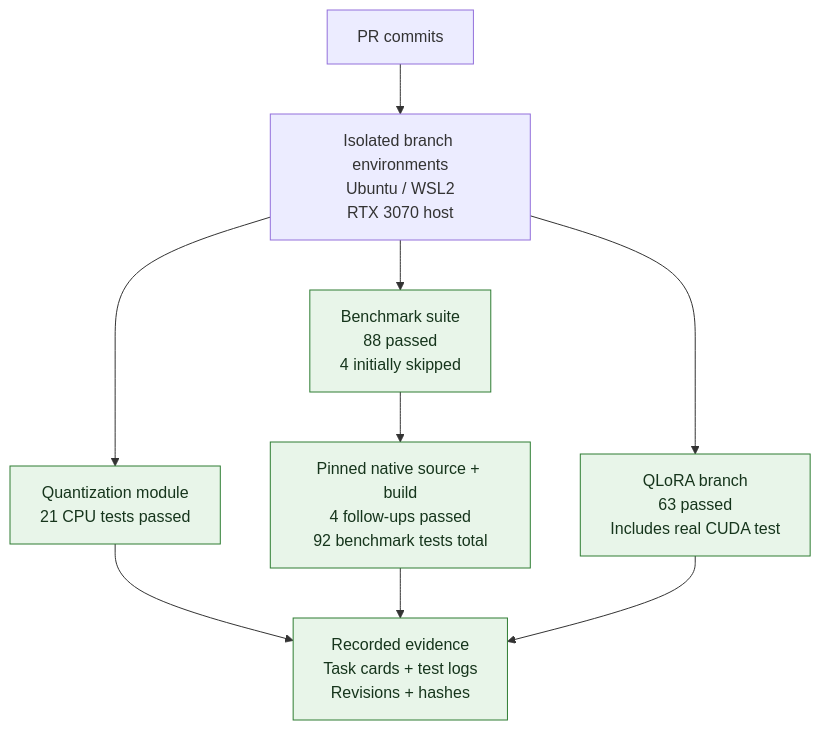
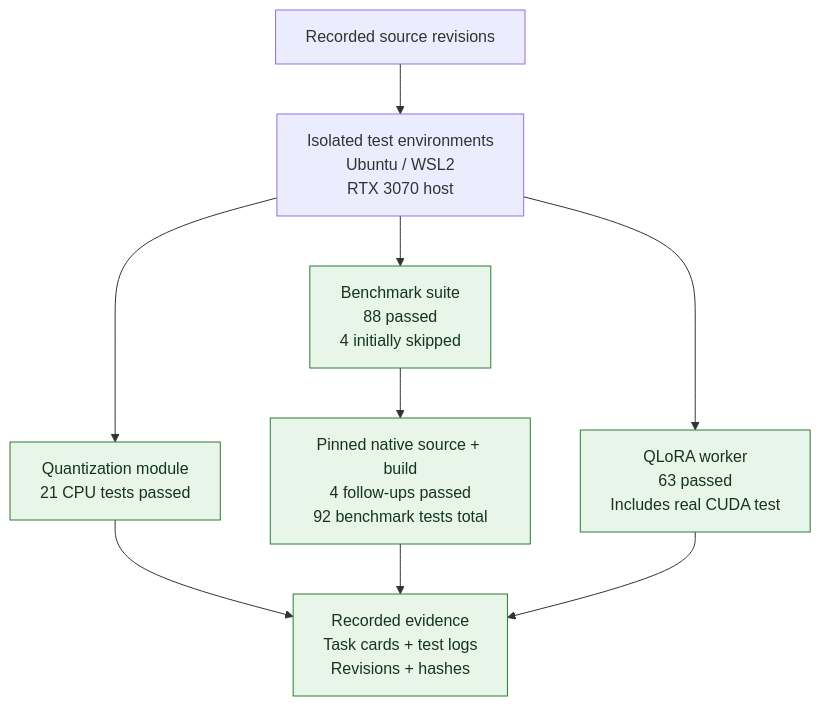
One commit to OpenJensen/openjensen changed the first of 2 diagrams in workers/vla_cpp/README.md. Above: the diagram before and after it, drawn with Mermaid. The commit also changed other lines of this file and 34 other files, not shown here.

````diff
--- a/workers/vla_cpp/README.md
+++ b/workers/vla_cpp/README.md
@@ -63,13 +56,13 @@
 ```mermaid
 flowchart TB
-    commits["PR commits"] --> envs["Isolated branch environments<br/>Ubuntu / WSL2<br/>RTX 3070 host"]
+    commits["Recorded source revisions"] --> envs["Isolated test environments<br/>Ubuntu / WSL2<br/>RTX 3070 host"]
     envs --> quant["Quantization module<br/>21 CPU tests passed"]
     envs --> bench["Benchmark suite<br/>88 passed<br/>4 initially skipped"]
     bench --> native["Pinned native source + build<br/>4 follow-ups passed<br/>92 benchmark tests total"]
-    envs --> qlora["QLoRA branch<br/>63 passed<br/>Includes real CUDA test"]
+    envs --> qlora["QLoRA worker<br/>63 passed<br/>Includes real CUDA test"]
     quant --> evidence["Recorded evidence<br/>Task cards + test logs<br/>Revisions + hashes"]
     native --> evidence
     qlora --> evidence
     classDef verified fill:#e8f5e9,stroke:#2e7d32,color:#16351c;
     class quant,bench,native,qlora,evidence verified;
 ```
````
